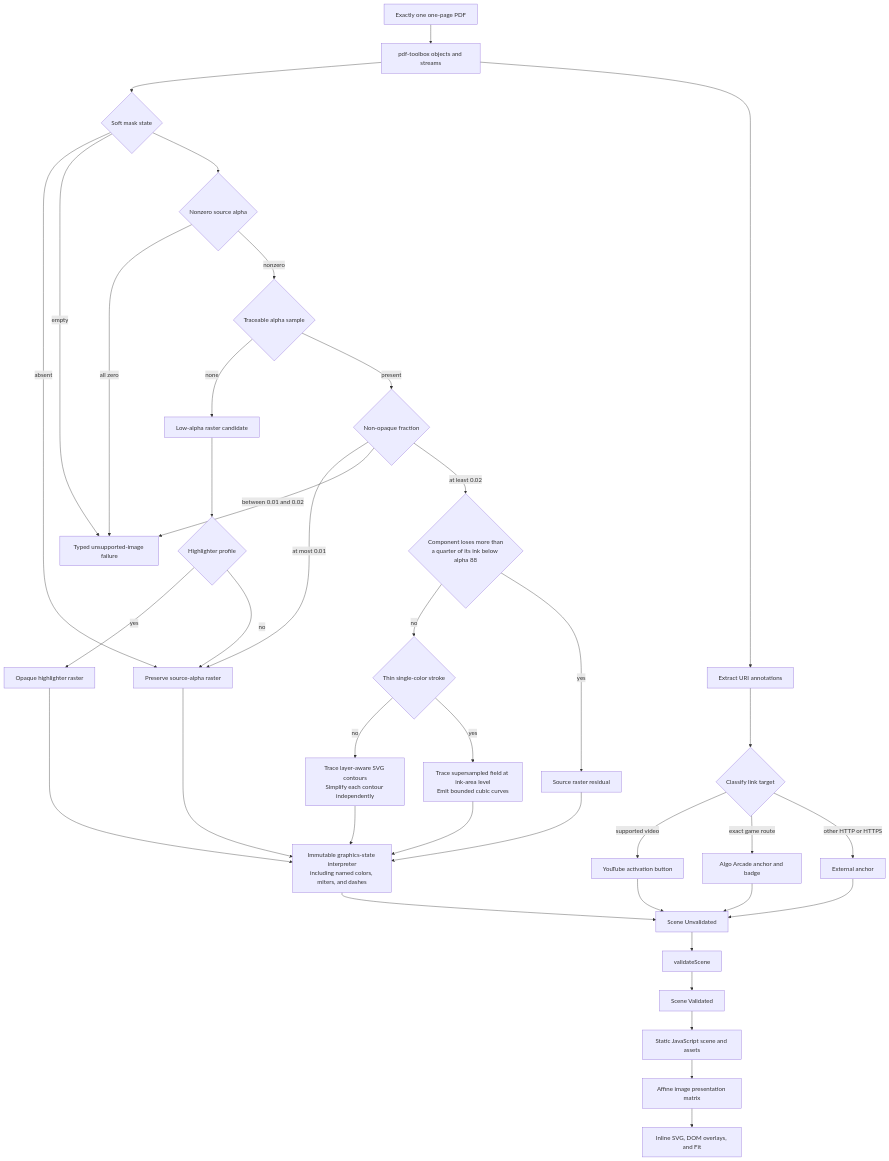
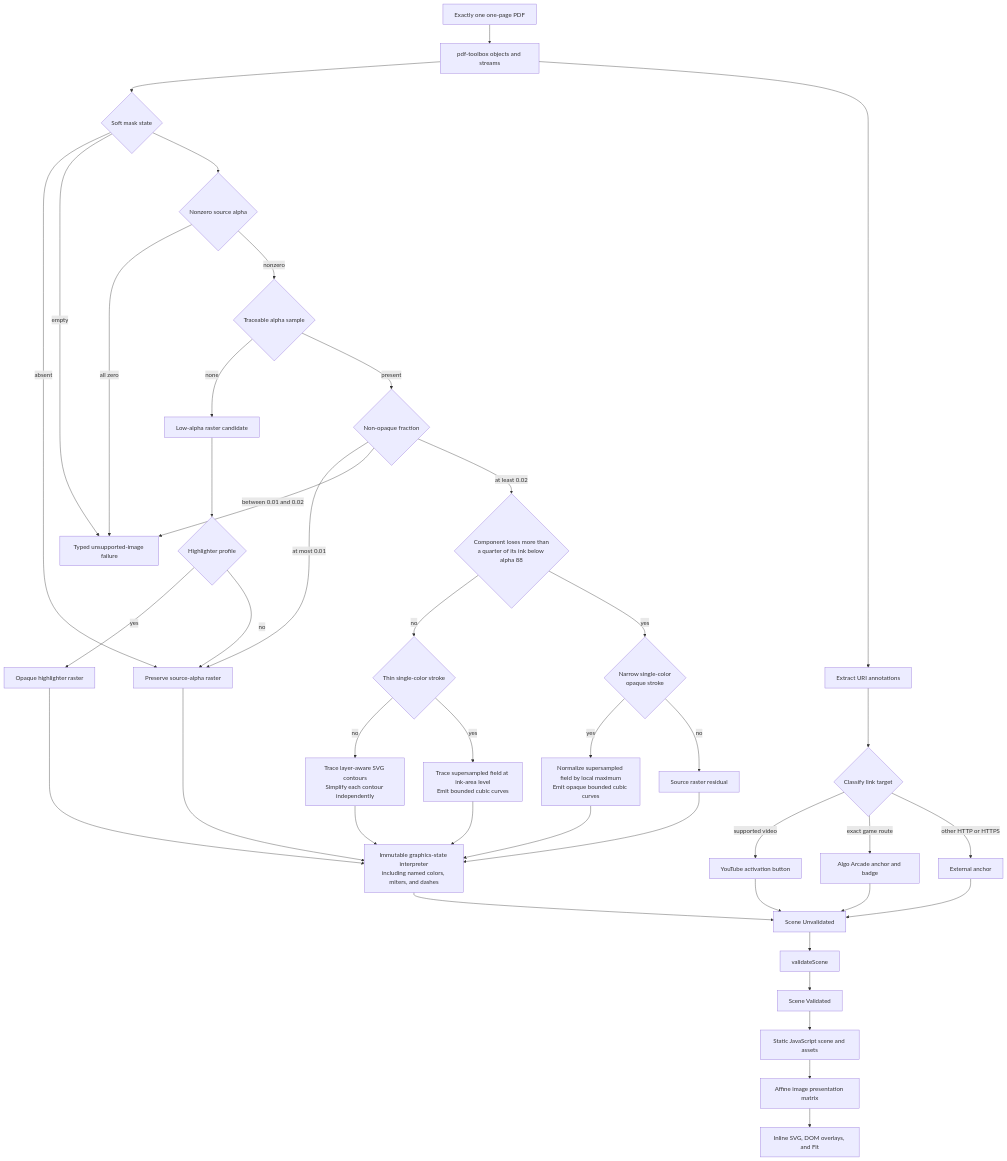
One commit to bajor/notes-website-factory-workflow changed the third of 3 diagrams in docs/architecture.md. Above: the diagram before and after it, drawn with Mermaid. The commit also changed other lines of this file and 14 other files, not shown here.

First line of the commit message:
Reconstruct sub-pixel pen strokes as crisp vector ink

````diff
--- a/docs/architecture.md
+++ b/docs/architecture.md
@@ -77,60 +77,64 @@
 ```mermaid
 flowchart TD
   Input[Exactly one one-page PDF]
   Parse[pdf-toolbox objects and streams]
   Mask{Soft mask state}
   SourceAlpha{Nonzero source alpha}
   Traceable{Traceable alpha sample}
   Fraction{Non-opaque fraction}
   LowAlphaCandidate[Low-alpha raster candidate]
   Highlighter{Highlighter profile}
   Raster[Preserve source-alpha raster]
   OpaqueMarker[Opaque highlighter raster]
   Partition{Component loses more than<br/>a quarter of its ink below alpha 88}
   Thin{Thin single-color stroke}
+  Pen{Narrow single-color<br/>opaque stroke}
+  Reconstruct[Normalize supersampled field by local maximum<br/>Emit opaque bounded cubic curves]
   Residual[Source raster residual]
   Smooth[Trace supersampled field at ink-area level<br/>Emit bounded cubic curves]
   Vector[Trace layer-aware SVG contours<br/>Simplify each contour independently]
   Reject[Typed unsupported-image failure]
   Links[Extract URI annotations]
   Target{Classify link target}
   YouTube[YouTube activation button]
   Game[Algo Arcade anchor and badge]
   External[External anchor]
   Interpret[Immutable graphics-state interpreter<br/>including named colors, miters, and dashes]
   Raw[Scene Unvalidated]
   Validate[validateScene]
   Valid[Scene Validated]
   Emit[Static JavaScript scene and assets]
   Affine[Affine image presentation matrix]
   Browser[Inline SVG, DOM overlays, and Fit]
 
   Input --> Parse --> Mask
   Parse --> Links --> Target
   Mask -->|absent| Raster
   Mask -->|empty| Reject
   Mask --> SourceAlpha
   SourceAlpha -->|all zero| Reject
   SourceAlpha -->|nonzero| Traceable
   Traceable -->|none| LowAlphaCandidate
   Traceable -->|present| Fraction
   Fraction -->|at most 0.01| Raster
   Fraction -->|between 0.01 and 0.02| Reject
   Fraction -->|at least 0.02| Partition
   Partition -->|no| Thin
-  Partition -->|yes| Residual --> Interpret
+  Partition -->|yes| Pen
+  Pen -->|yes| Reconstruct --> Interpret
+  Pen -->|no| Residual --> Interpret
   Thin -->|no| Vector
   Thin -->|yes| Smooth --> Interpret
   Target -->|supported video| YouTube
   Target -->|exact game route| Game
   Target -->|other HTTP or HTTPS| External
   LowAlphaCandidate --> Highlighter
   Highlighter -->|yes| OpaqueMarker --> Interpret
   Highlighter -->|no| Raster --> Interpret
   Vector --> Interpret
   Interpret --> Raw
   YouTube --> Raw
   Game --> Raw
   External --> Raw
   Raw --> Validate --> Valid --> Emit --> Affine --> Browser
 ```
````
